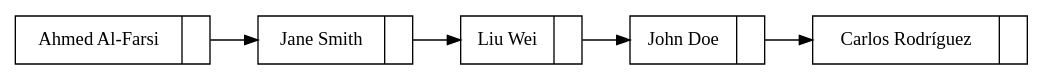
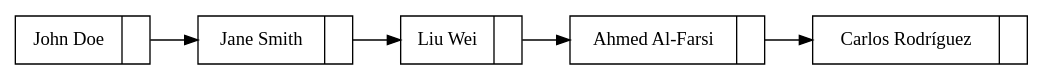
One commit to Samashoas/202109705_EDD_Practica changed the diagram in cmake-build-debug/lista.dot. Above: the diagram before and after it, drawn with Graphviz. The commit also changed 11 other files, not shown here.

```diff
--- a/cmake-build-debug/lista.dot
+++ b/cmake-build-debug/lista.dot
@@ -1,13 +1,13 @@
 digraph G {
 rankdir=LR;
 node [shape=record];
-node0 [label="{<data> Ahmed Al-Farsi | <next> }"];
+node0 [label="{<data> John Doe | <next> }"];
 node0:next:c -> node1:data;
 node1 [label="{<data> Jane Smith | <next> }"];
 node1:next:c -> node2:data;
 node2 [label="{<data> Liu Wei | <next> }"];
 node2:next:c -> node3:data;
-node3 [label="{<data> John Doe | <next> }"];
+node3 [label="{<data> Ahmed Al-Farsi | <next> }"];
 node3:next:c -> node4:data;
 node4 [label="{<data> Carlos Rodríguez | <next> }"];
 }
```
